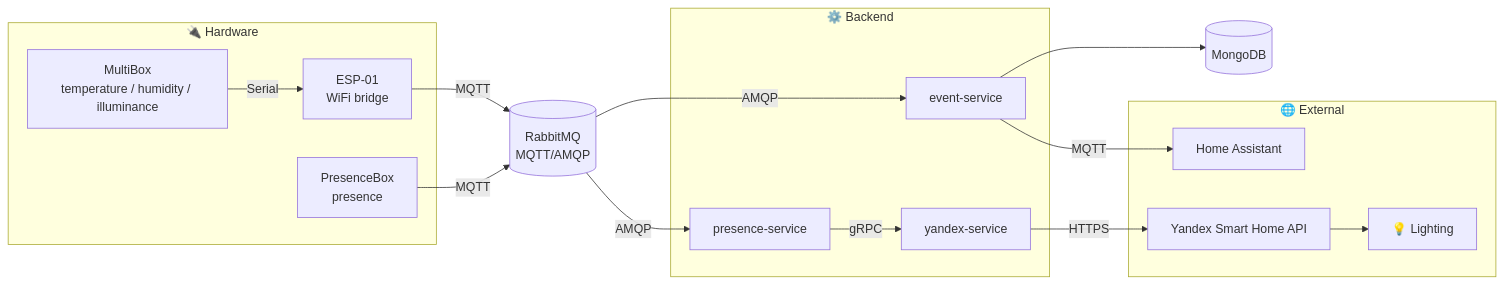
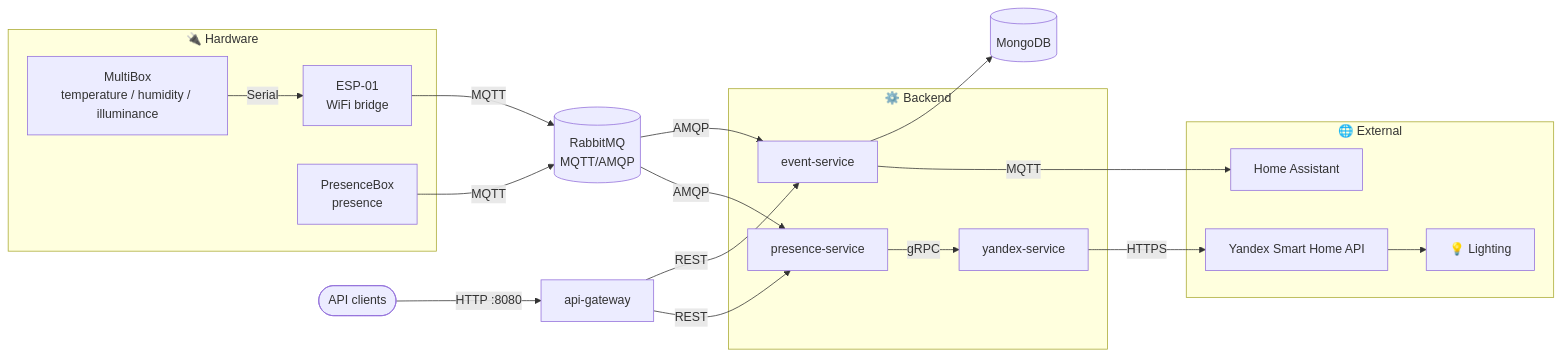
The diagram in README.en.md (JohnnyNovac/home-sweet-home), drawn with Mermaid before and after one commit. The commit also changed other lines of this file and 17 other files, not shown here.

Commit message:
Added api-gateway as single entry point

````diff
--- a/README.en.md
+++ b/README.en.md
@@ -11,35 +11,39 @@
 ```mermaid
 flowchart LR
     subgraph Hardware["🔌 Hardware"]
         MB[MultiBox<br/>temperature / humidity / illuminance]
         ESP[ESP-01<br/>WiFi bridge]
         PB[PresenceBox<br/>presence]
         MB -->|Serial| ESP
     end
 
     BROKER[(RabbitMQ<br/>MQTT/AMQP)]
 
     subgraph Backend["⚙️ Backend"]
         ES[event-service]
         PS[presence-service]
         YS[yandex-service]
     end
 
     MONGO[(MongoDB)]
 
     subgraph External["🌐 External"]
         HA[Home Assistant]
         YAPI[Yandex Smart Home API]
         LIGHTNING[💡 Lighting]
     end
 
     ESP -->|MQTT| BROKER
     PB -->|MQTT| BROKER
     BROKER -->|AMQP| ES
     BROKER -->|AMQP| PS
     ES --> MONGO
     ES -->|MQTT| HA
     PS -->|gRPC| YS
     YS -->|HTTPS| YAPI
     YAPI --> LIGHTNING
+
+    CLIENT([API clients]) -->|HTTP :8080| GW[api-gateway]
+    GW -->|REST| ES
+    GW -->|REST| PS
 ```
````
